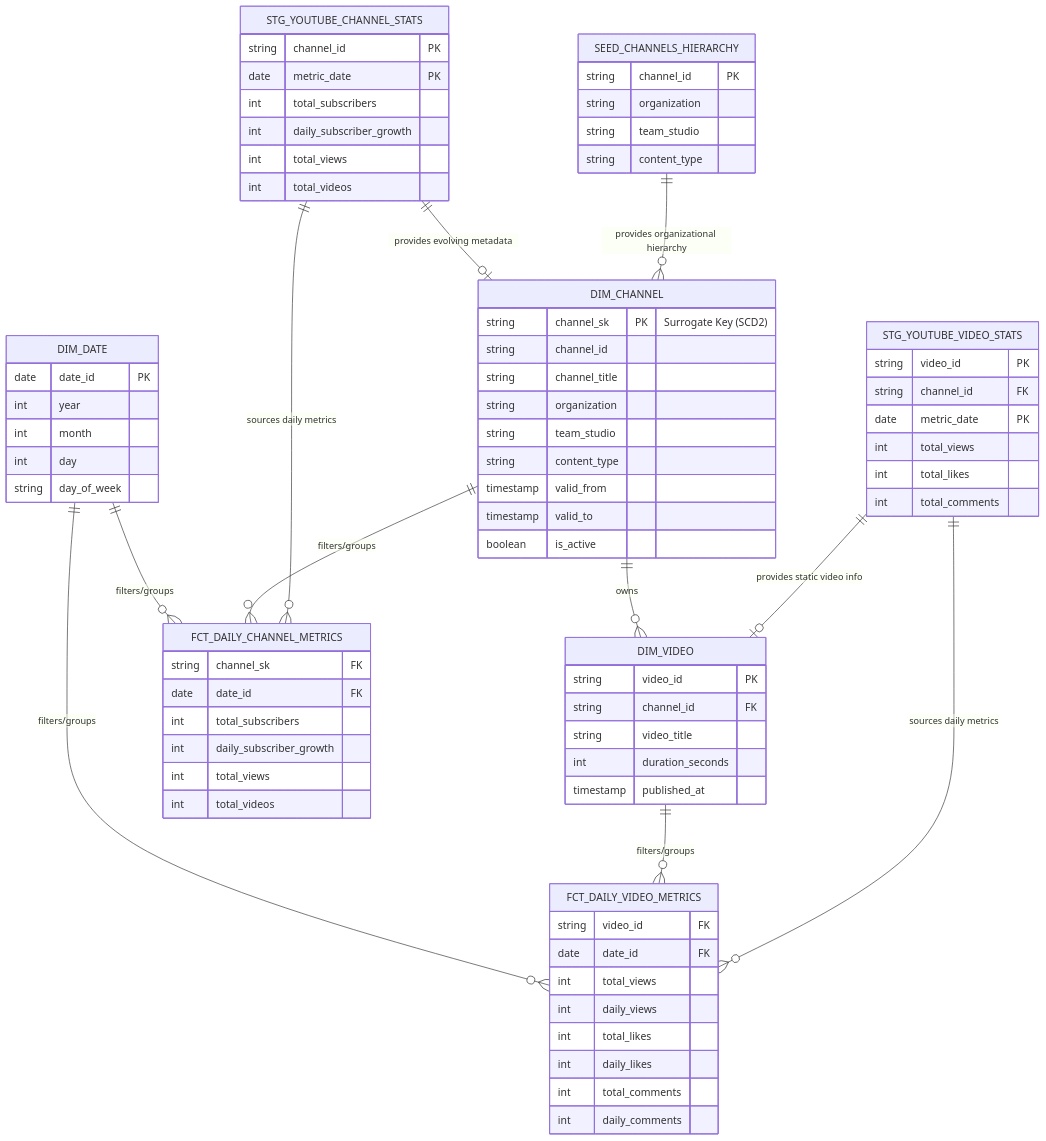
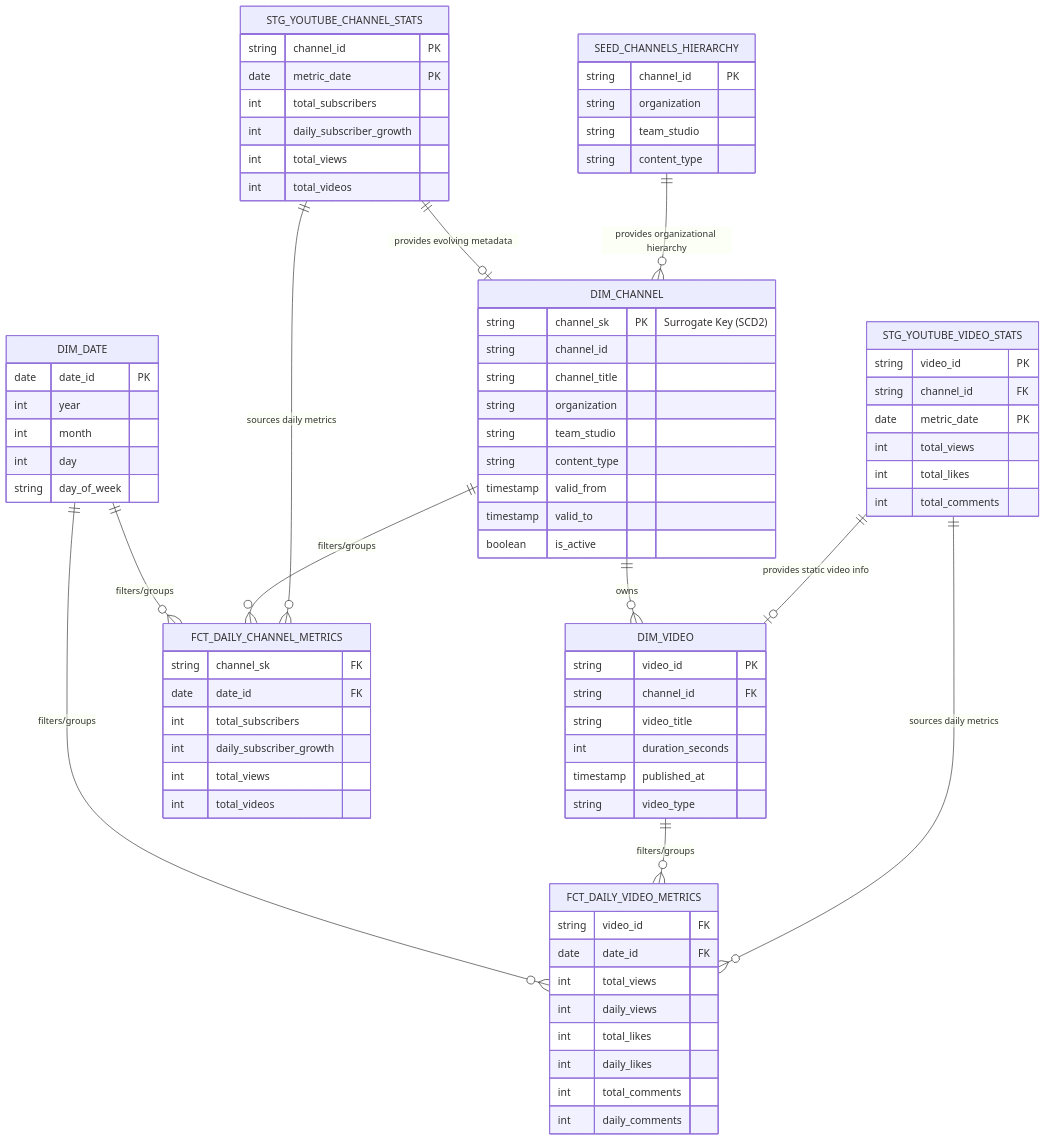
The diagram in .agents/rules/02-data-model.md (Matu94/YT-SF-Agentic), drawn with Mermaid before and after one commit. The commit also changed other lines of this file and 4 other files, not shown here.

```diff
--- a/.agents/rules/02-data-model.md
+++ b/.agents/rules/02-data-model.md
@@ -56,6 +56,7 @@
         string video_title
         int duration_seconds
         timestamp published_at
+        string video_type
     }
 
     DIM_DATE {
```
